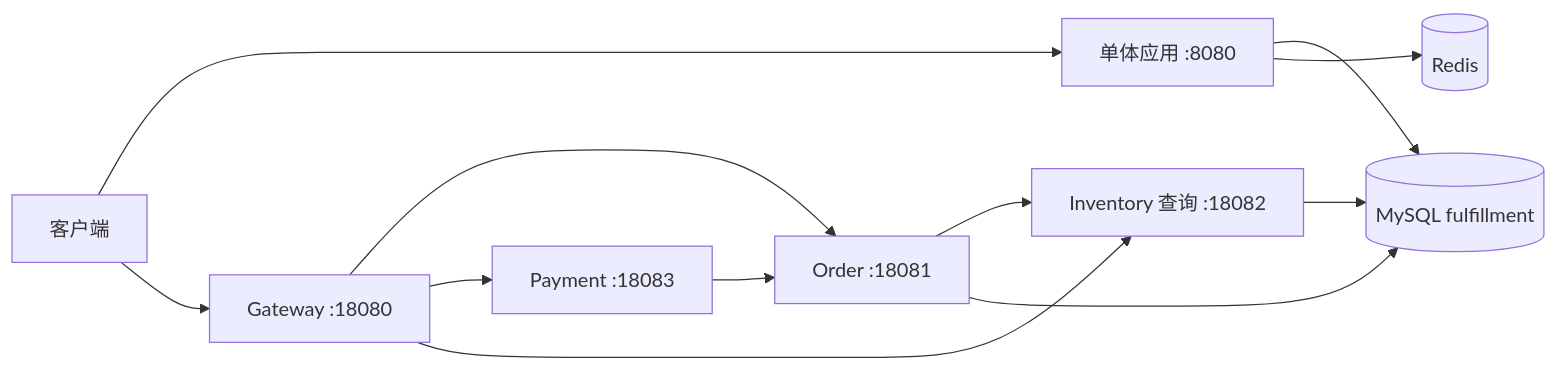
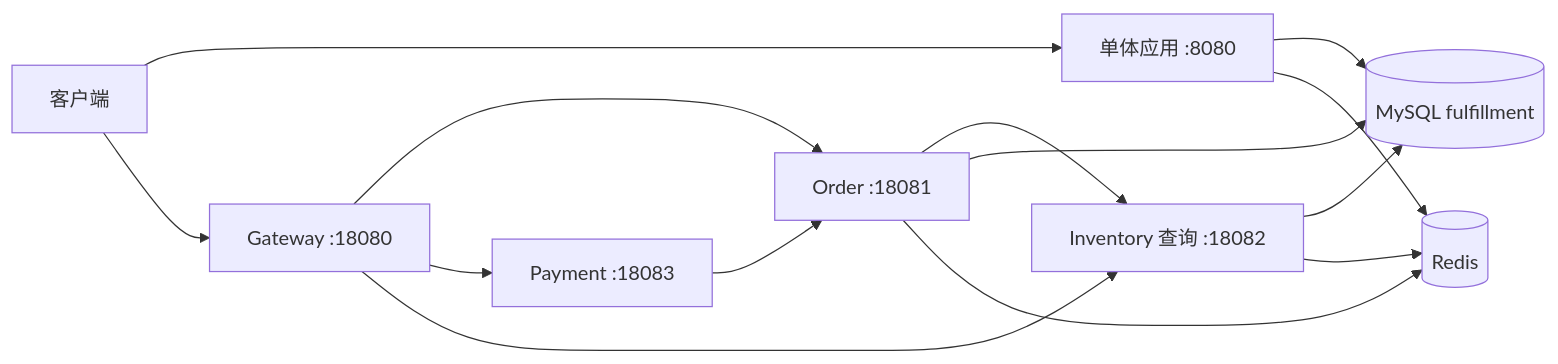
One commit to whynot0206/fulfillment-service changed the diagram in docs/project-function-boundary.md. Above: the diagram before and after it, drawn with Mermaid. The commit also changed other lines of this file and 38 other files, not shown here.

````diff
--- a/docs/project-function-boundary.md
+++ b/docs/project-function-boundary.md
@@ -8,15 +8,17 @@
 ```mermaid
 flowchart LR
     C[客户端] --> M[单体应用 :8080]
     M --> DB[(MySQL fulfillment)]
     M --> R[(Redis)]
 
     C --> G[Gateway :18080]
     G --> O[Order :18081]
     G --> P[Payment :18083]
     G --> I[Inventory 查询 :18082]
     P --> O
     O --> I
     O --> DB
     I --> DB
+    O --> R[(Redis)]
+    I --> R
 ```
````
